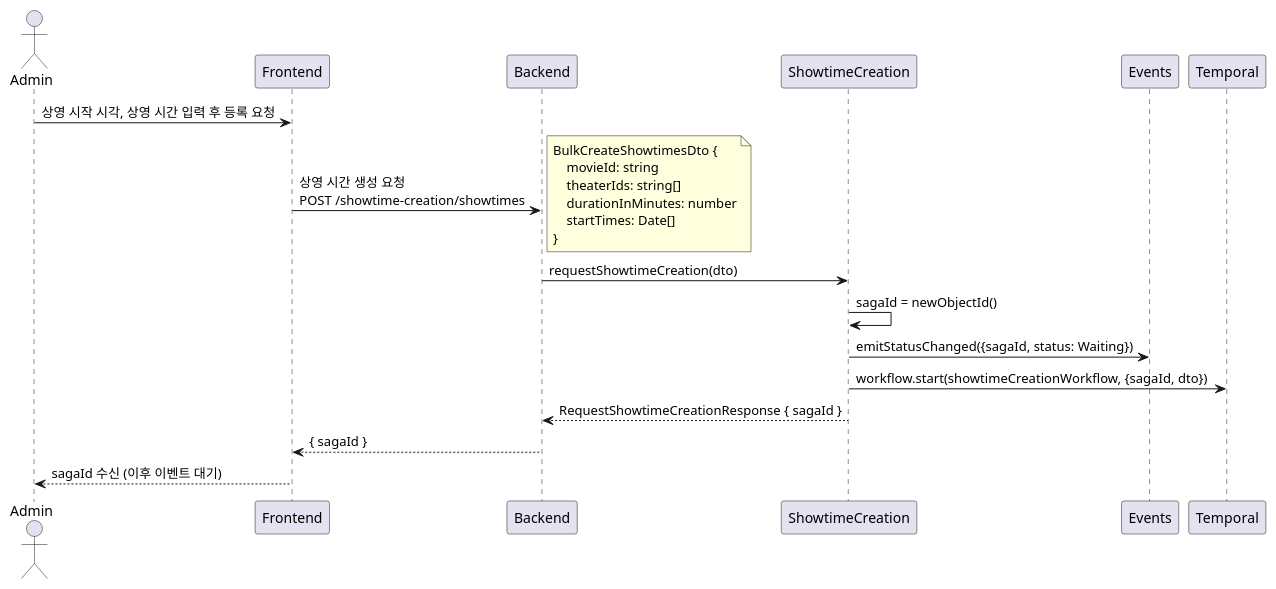
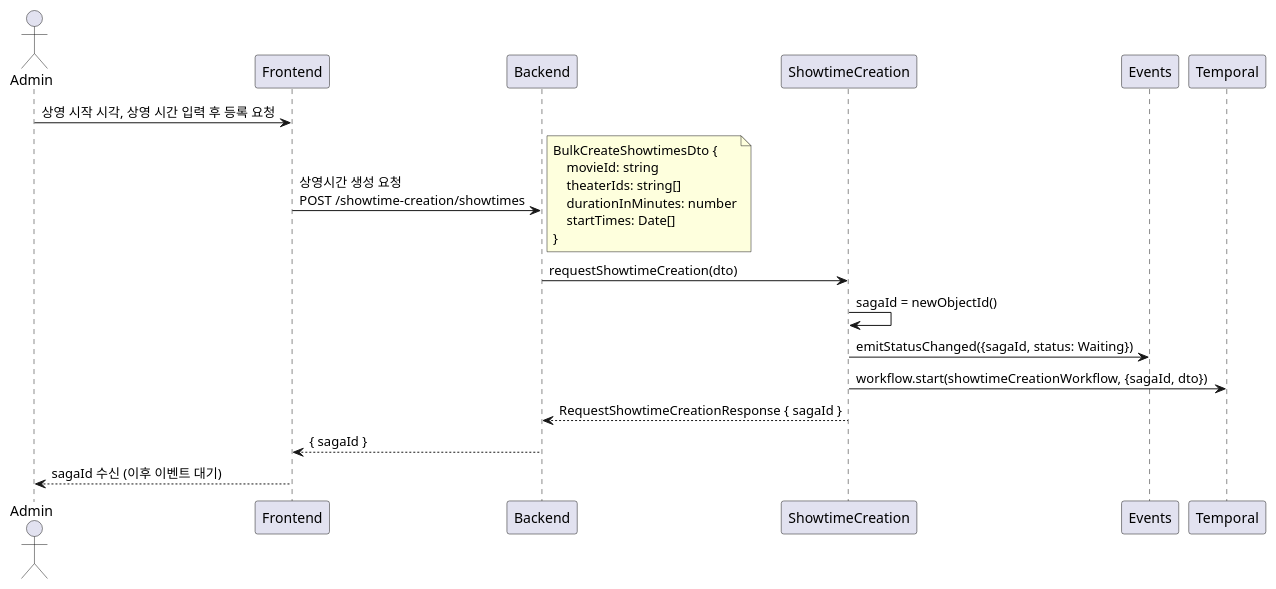
One commit to mannercode/nest-seed changed the second of 3 diagrams in docs/designs/showtime-creation.md. Above: the diagram before and after it, drawn with PlantUML. The commit also changed other lines of this file and 5 other files, not shown here.

````diff
--- a/docs/designs/showtime-creation.md
+++ b/docs/designs/showtime-creation.md
@@ -76,23 +76,23 @@
 ```plantuml
 @startuml
 actor Admin
 
 Admin -> Frontend: 상영 시작 시각, 상영 시간 입력 후 등록 요청
-    Frontend -> Backend: 상영 시간 생성 요청\nPOST /showtime-creation/showtimes
+    Frontend -> Backend: 상영시간 생성 요청\nPOST /showtime-creation/showtimes
     note right
     BulkCreateShowtimesDto {
         movieId: string
         theaterIds: string[]
         durationInMinutes: number
         startTimes: Date[]
     }
     end note
         Backend -> ShowtimeCreation: requestShowtimeCreation(dto)
             ShowtimeCreation -> ShowtimeCreation: sagaId = newObjectId()
             ShowtimeCreation -> Events: emitStatusChanged({sagaId, status: Waiting})
             ShowtimeCreation -> Temporal: workflow.start(showtimeCreationWorkflow, {sagaId, dto})
         Backend <-- ShowtimeCreation: RequestShowtimeCreationResponse { sagaId }
     Frontend <-- Backend: { sagaId }
 Admin <-- Frontend: sagaId 수신 (이후 이벤트 대기)
 @enduml
 ```
````
